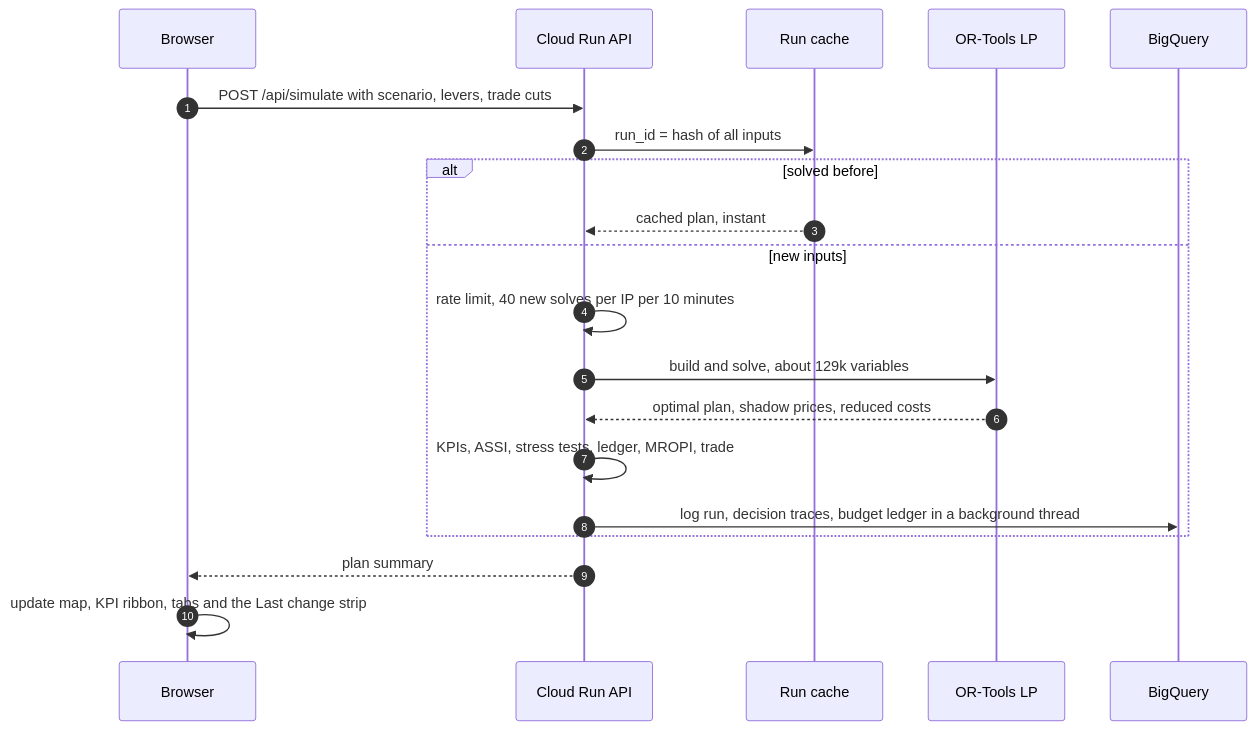
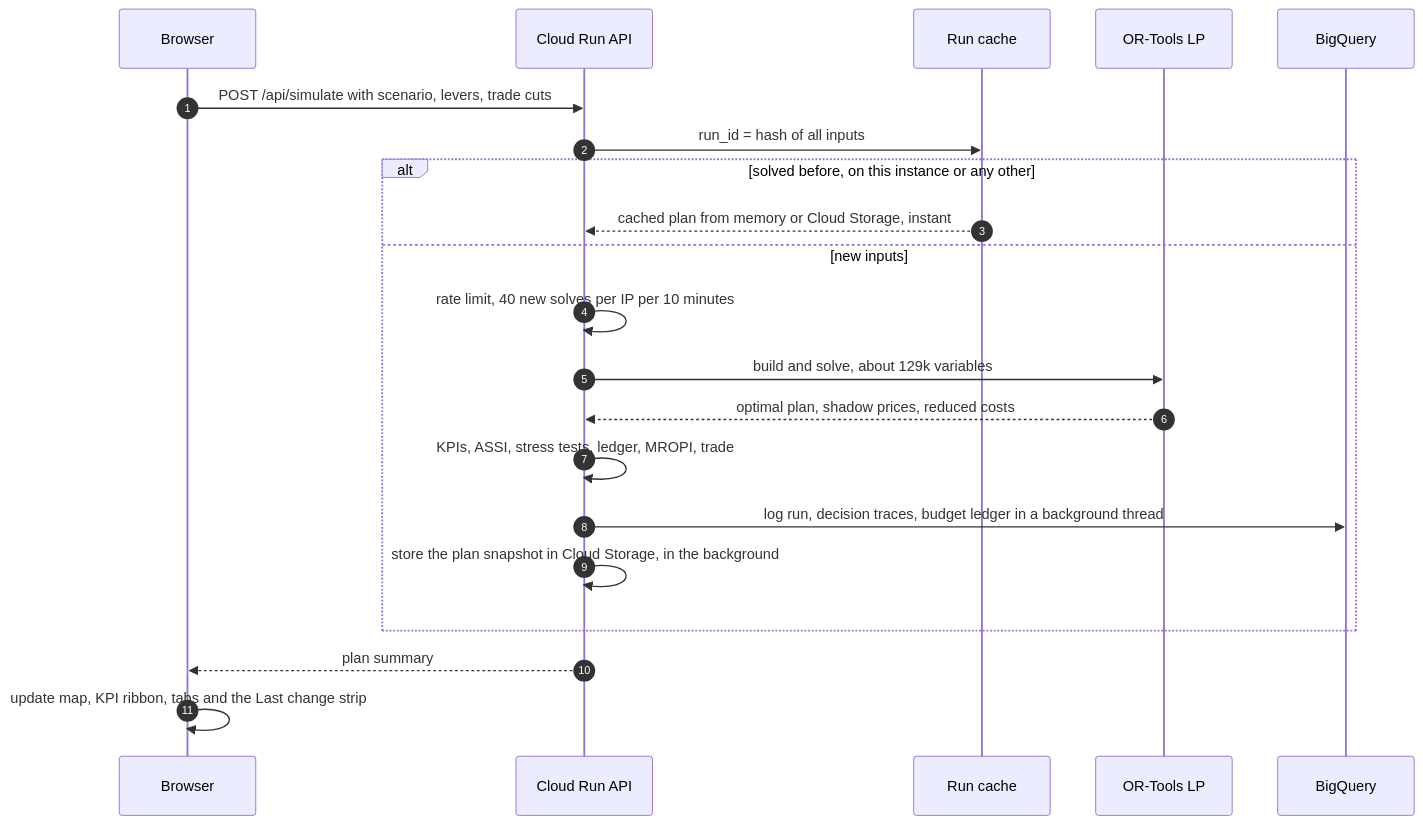
One commit to GV-droid/Agri-Sus changed the third of 6 diagrams in docs/HOW_IT_WORKS.md. Above: the diagram before and after it, drawn with Mermaid. The commit also changed other lines of this file and 41 other files, not shown here.

````diff
--- a/docs/HOW_IT_WORKS.md
+++ b/docs/HOW_IT_WORKS.md
@@ -193,22 +212,23 @@
 ```mermaid
 sequenceDiagram
   autonumber
   participant B as Browser
   participant A as Cloud Run API
   participant C as Run cache
   participant O as OR-Tools LP
   participant Q as BigQuery
   B->>A: POST /api/simulate with scenario, levers, trade cuts
   A->>C: run_id = hash of all inputs
-  alt solved before
-    C-->>A: cached plan, instant
+  alt solved before, on this instance or any other
+    C-->>A: cached plan from memory or Cloud Storage, instant
   else new inputs
     A->>A: rate limit, 40 new solves per IP per 10 minutes
     A->>O: build and solve, about 129k variables
     O-->>A: optimal plan, shadow prices, reduced costs
     A->>A: KPIs, ASSI, stress tests, ledger, MROPI, trade
     A->>Q: log run, decision traces, budget ledger in a background thread
+    A->>A: store the plan snapshot in Cloud Storage, in the background
   end
   A-->>B: plan summary
   B->>B: update map, KPI ribbon, tabs and the Last change strip
 ```
````
